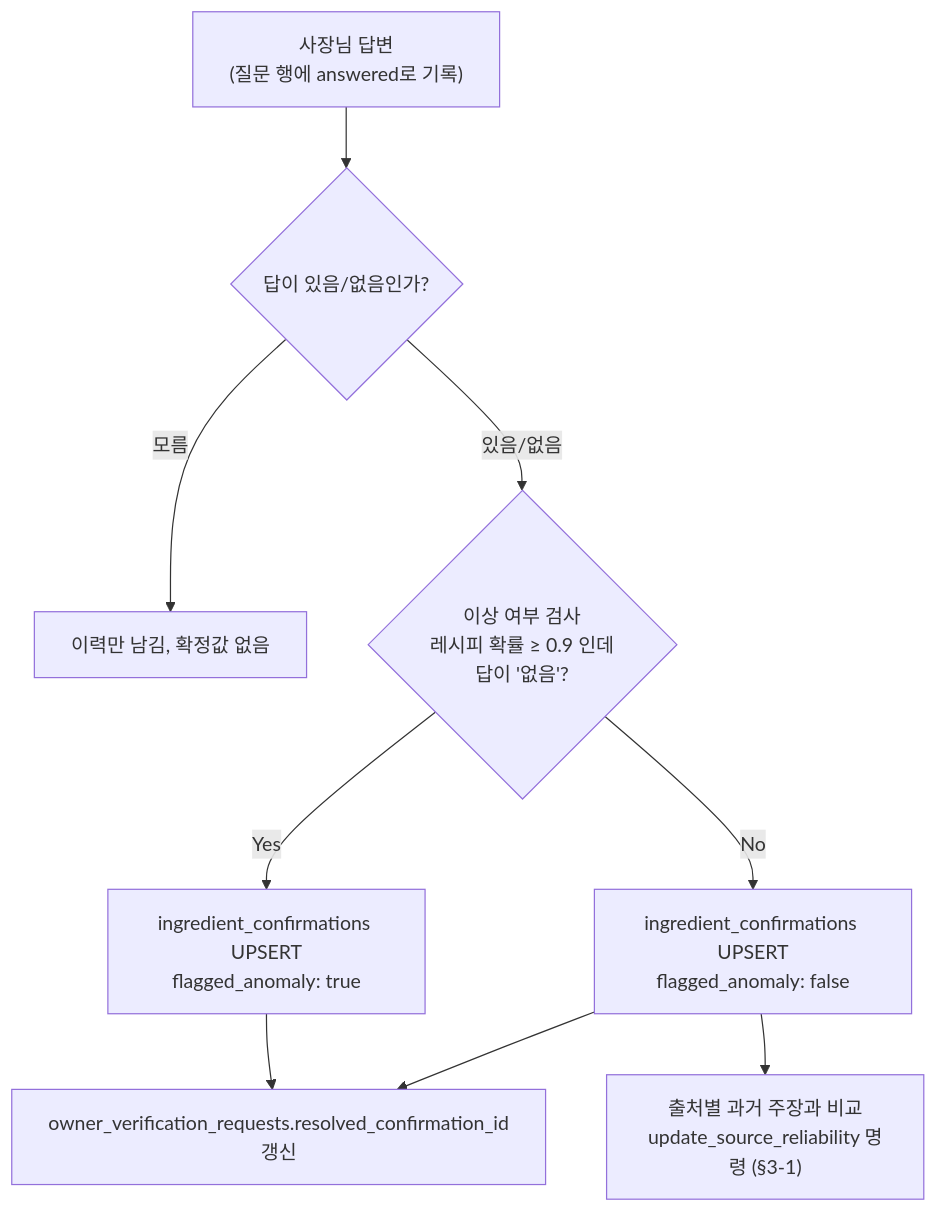
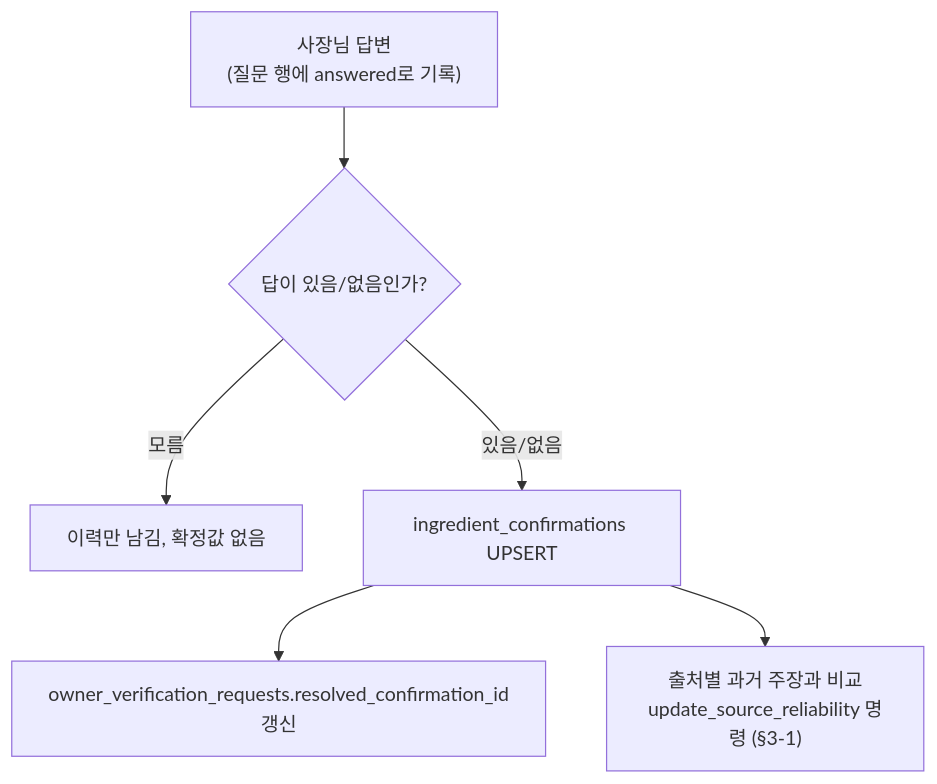
Before and after one commit to Han-Spoon/ai: the fourth of 4 diagrams in docs/7-tool-dbupdate.md, drawn with Mermaid. The commit also changed other lines of this file and 9 other files, not shown here.

````diff
--- a/docs/7-tool-dbupdate.md
+++ b/docs/7-tool-dbupdate.md
@@ -181,11 +181,8 @@
 ```mermaid
 flowchart TD
     IN["사장님 답변<br/>(질문 행에 answered로 기록)"] --> KIND{"답이 있음/없음인가?"}
     KIND -->|모름| SKIP["이력만 남김, 확정값 없음"]
-    KIND -->|있음/없음| CHECK{"이상 여부 검사<br/>레시피 확률 ≥ 0.9 인데<br/>답이 '없음'?"}
-    CHECK -->|Yes| FLAG["ingredient_confirmations UPSERT<br/>flagged_anomaly: true"]
-    CHECK -->|No| NORMAL["ingredient_confirmations UPSERT<br/>flagged_anomaly: false"]
-    FLAG --> LINK["owner_verification_requests.resolved_confirmation_id<br/>갱신"]
-    NORMAL --> LINK
+    KIND -->|있음/없음| NORMAL["ingredient_confirmations UPSERT"]
+    NORMAL --> LINK["owner_verification_requests.resolved_confirmation_id<br/>갱신"]
     NORMAL --> REL["출처별 과거 주장과 비교<br/>update_source_reliability 명령 (§3-1)"]
 ```
````
